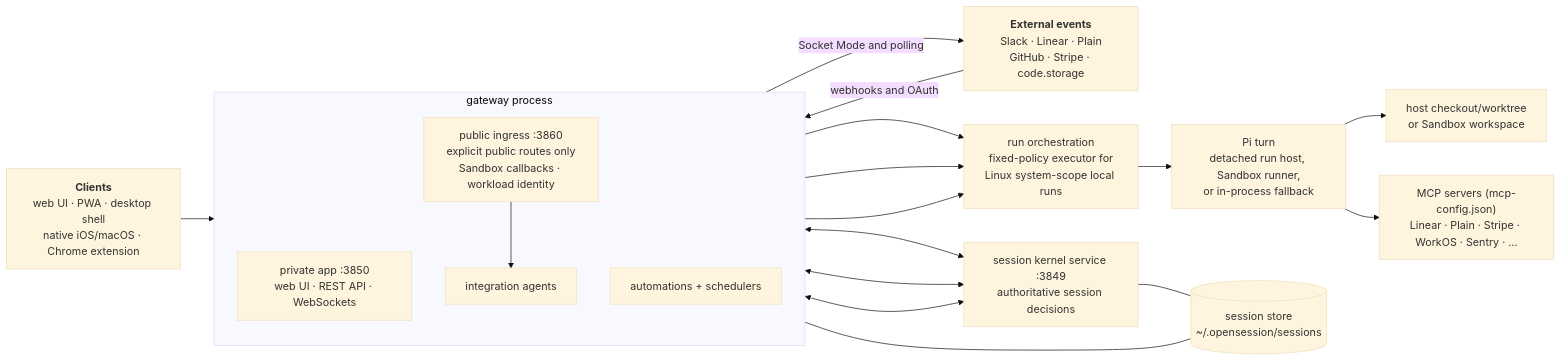
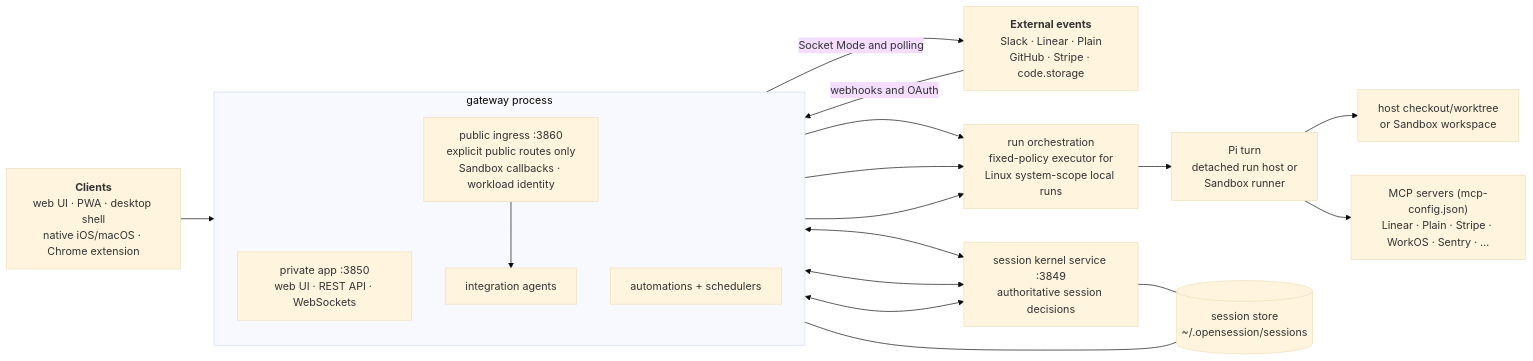
The diagram in docs/setup/README.md (Recovr-Rehab/opensession), drawn with Mermaid (base theme) before and after one commit. The commit also changed 12 other files, not shown here.

````diff
--- a/docs/setup/README.md
+++ b/docs/setup/README.md
@@ -27,33 +27,33 @@
 ```mermaid
 flowchart LR
   clients["<b>Clients</b><br/>web UI · PWA · desktop shell<br/>native iOS/macOS · Chrome extension"]
   hooks["<b>External events</b><br/>Slack · Linear · Plain<br/>GitHub · Stripe · code.storage"]
 
   subgraph gateway["gateway process"]
     direction TB
     http["private app :3850<br/>web UI · REST API · WebSockets"]
     wh["public ingress :3860<br/>explicit public routes only<br/>Sandbox callbacks · workload identity"]
     agents["integration agents"]
     autos["automations + schedulers"]
     wh --> agents
   end
 
   kernel["session kernel service :3849<br/>authoritative session decisions"]
   launch["run orchestration<br/>fixed-policy executor for<br/>Linux system-scope local runs"]
-  runner["Pi turn<br/>detached run host, Sandbox runner,<br/>or in-process fallback"]
+  runner["Pi turn<br/>detached run host or<br/>Sandbox runner"]
 
   clients --> http
   hooks -->|webhooks and OAuth| wh
   agents -->|Socket Mode and polling| hooks
   http <--> kernel
   agents <--> kernel
   autos <--> kernel
   http --> launch
   agents --> launch
   autos --> launch
   launch --> runner
   kernel --- store[("session store<br/>~/.opensession/sessions")]
   http --- store
   runner --> exec["host checkout/worktree<br/>or Sandbox workspace"]
   runner --> mcp["MCP servers (mcp-config.json)<br/>Linear · Plain · Stripe · WorkOS · Sentry · …"]
 ```
````
